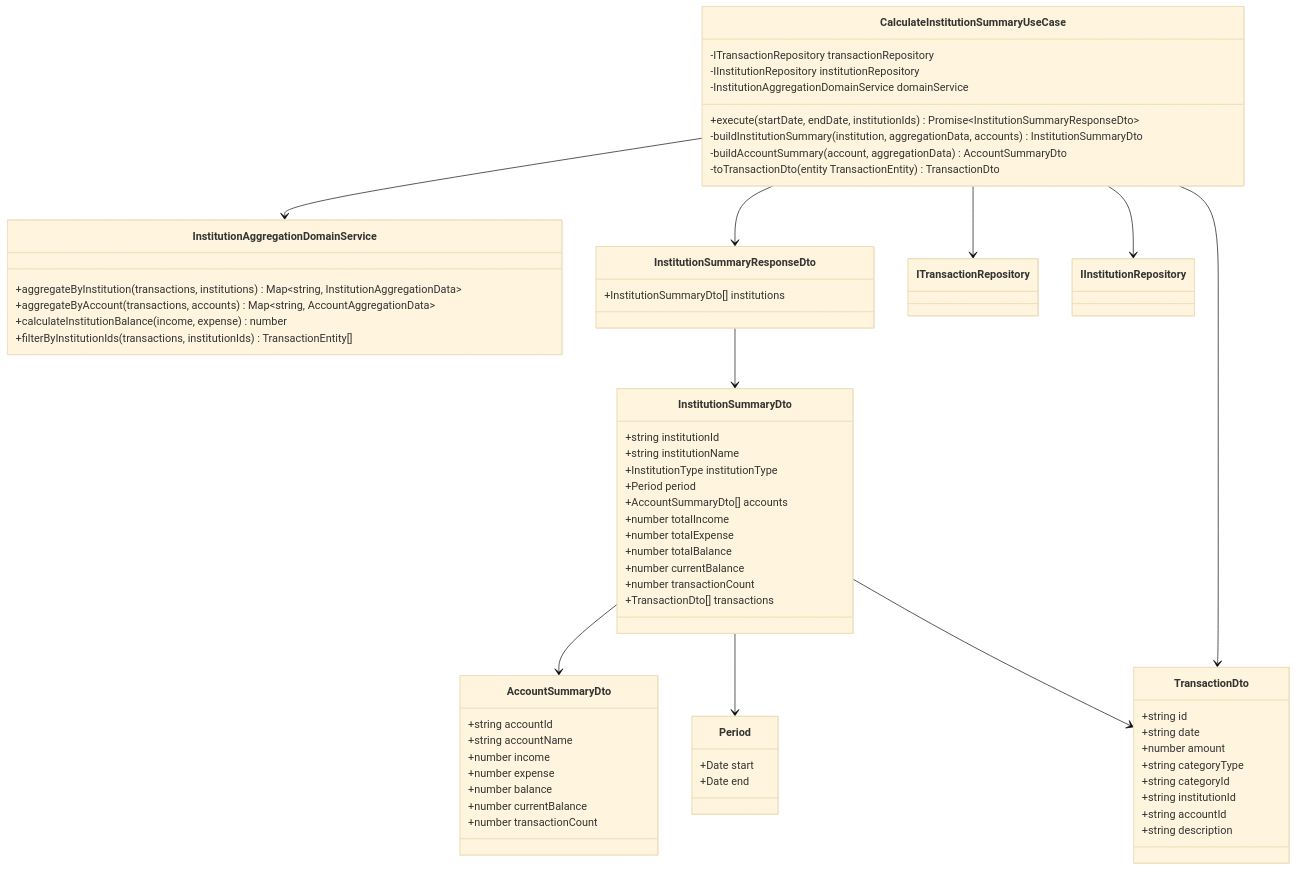
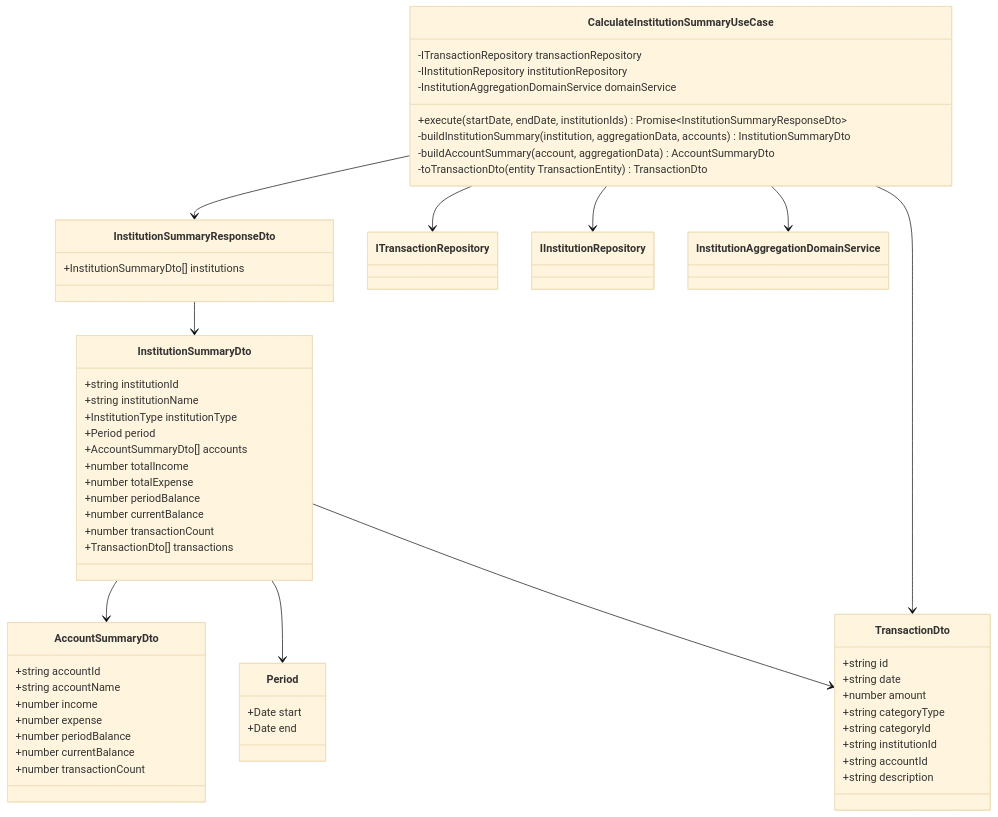
The second of 4 diagrams in docs/detailed-design/FR-017_institution-aggregation/class-diagrams.md (kencom2400/account-book), drawn with Mermaid (base theme) before and after one commit. The commit also changed other lines of this file and 3 other files, not shown here.

````diff
--- a/docs/detailed-design/FR-017_institution-aggregation/class-diagrams.md
+++ b/docs/detailed-design/FR-017_institution-aggregation/class-diagrams.md
@@ -166,73 +166,66 @@
 ```mermaid
 classDiagram
     class CalculateInstitutionSummaryUseCase {
         -ITransactionRepository transactionRepository
         -IInstitutionRepository institutionRepository
         -InstitutionAggregationDomainService domainService
         +execute(startDate, endDate, institutionIds) Promise~InstitutionSummaryResponseDto~
         -buildInstitutionSummary(institution, aggregationData, accounts) InstitutionSummaryDto
         -buildAccountSummary(account, aggregationData) AccountSummaryDto
         -toTransactionDto(entity TransactionEntity) TransactionDto
-    }
-
-    class InstitutionAggregationDomainService {
-        +aggregateByInstitution(transactions, institutions) Map~string, InstitutionAggregationData~
-        +aggregateByAccount(transactions, accounts) Map~string, AccountAggregationData~
-        +calculateInstitutionBalance(income, expense) number
-        +filterByInstitutionIds(transactions, institutionIds) TransactionEntity[]
     }
 
     class InstitutionSummaryResponseDto {
         +InstitutionSummaryDto[] institutions
     }
 
     class InstitutionSummaryDto {
         +string institutionId
         +string institutionName
         +InstitutionType institutionType
         +Period period
         +AccountSummaryDto[] accounts
         +number totalIncome
         +number totalExpense
-        +number totalBalance
+        +number periodBalance
         +number currentBalance
         +number transactionCount
         +TransactionDto[] transactions
     }
 
     class AccountSummaryDto {
         +string accountId
         +string accountName
         +number income
         +number expense
-        +number balance
+        +number periodBalance
         +number currentBalance
         +number transactionCount
     }
 
     class Period {
         +Date start
         +Date end
     }
 
     class TransactionDto {
         +string id
         +string date
         +number amount
         +string categoryType
         +string categoryId
         +string institutionId
         +string accountId
         +string description
     }
 
     CalculateInstitutionSummaryUseCase --> ITransactionRepository
     CalculateInstitutionSummaryUseCase --> IInstitutionRepository
     CalculateInstitutionSummaryUseCase --> InstitutionAggregationDomainService
     CalculateInstitutionSummaryUseCase --> InstitutionSummaryResponseDto
     InstitutionSummaryResponseDto --> InstitutionSummaryDto
     InstitutionSummaryDto --> AccountSummaryDto
     InstitutionSummaryDto --> Period
     InstitutionSummaryDto --> TransactionDto
     CalculateInstitutionSummaryUseCase --> TransactionDto
 ```
````
